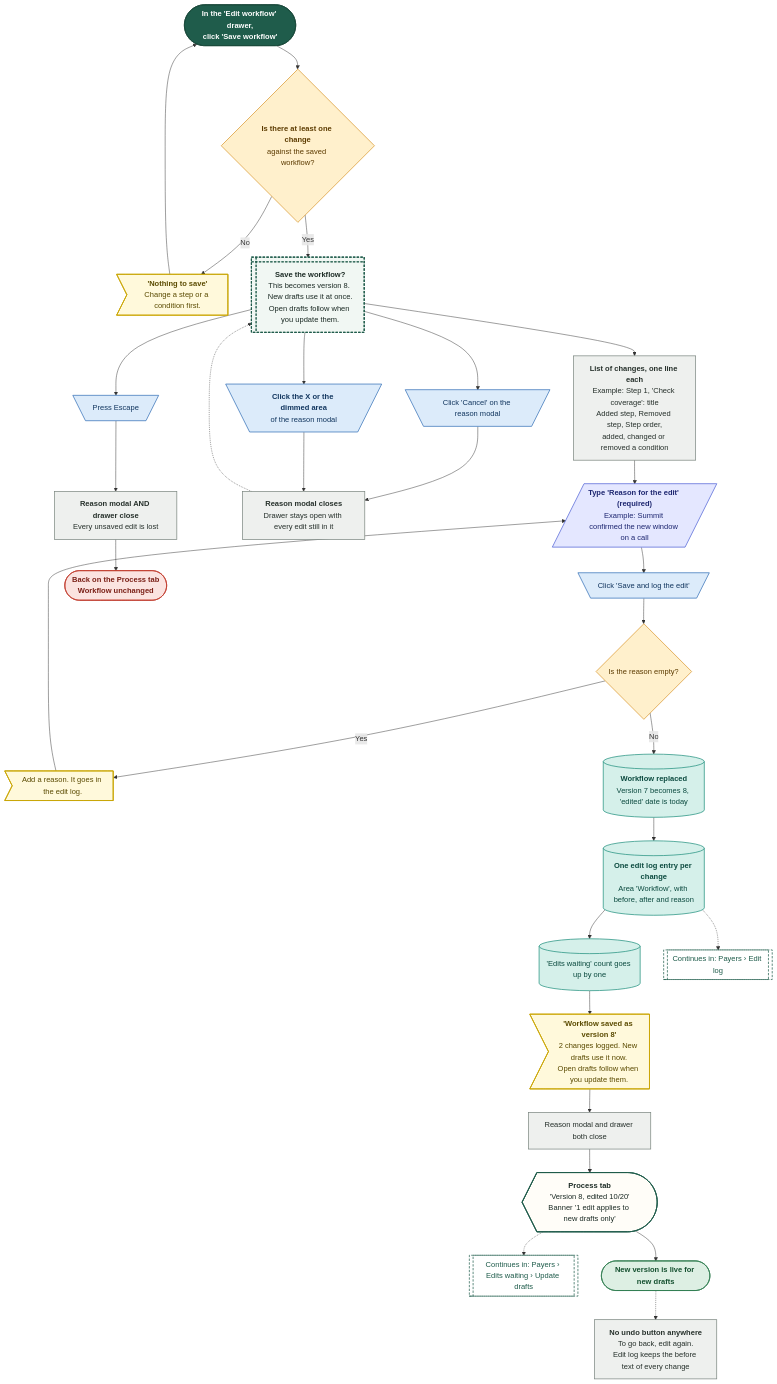
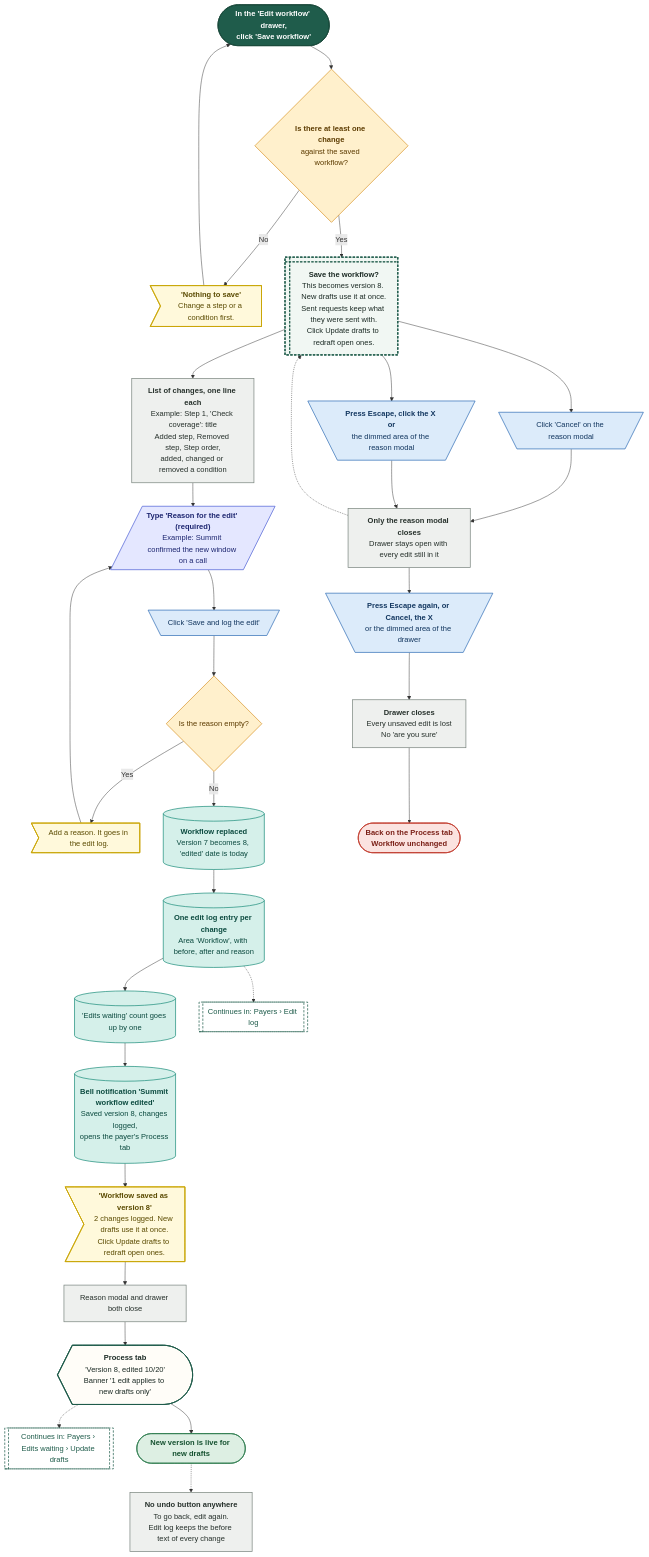
Before and after one commit to Shrav143/psyfloapp: the tenth of 25 diagrams in demos/prior-auth-demo/workflows/out/md/10-payers.md, drawn with Mermaid. The commit also changed other lines of this file and 195 other files, not shown here.

First line of the commit message:
docs: Rebuild workflow diagrams after the demo fixes (220 diagrams)

````diff
--- a/demos/prior-auth-demo/workflows/out/md/10-payers.md
+++ b/demos/prior-auth-demo/workflows/out/md/10-payers.md
@@ -711,69 +725,70 @@
 ```mermaid
 %%{init: {"theme":"base","themeVariables":{"fontFamily":"'DM Sans', 'Segoe UI', system-ui, sans-serif","fontSize":"15px","lineColor":"#5B6B63","primaryTextColor":"#1C2B25","clusterBkg":"#FBF8F3","clusterBorder":"#D9CDBB","edgeLabelBackground":"#FFFFFF"},"flowchart":{"curve":"basis","nodeSpacing":36,"rankSpacing":48,"padding":12,"htmlLabels":true,"useMaxWidth":false,"wrappingWidth":230}} }%%
 flowchart TD
   classDef k_start fill:#1F5C4B,stroke:#174638,color:#FFFFFF,stroke-width:1.5px,font-weight:600
   classDef k_end fill:#DDEFE3,stroke:#2E7D4F,color:#14502F,stroke-width:1.5px,font-weight:600
   classDef k_endx fill:#FBE3E0,stroke:#C0392B,color:#7A1F16,stroke-width:1.5px,font-weight:600
   classDef k_screen fill:#FFFDF8,stroke:#1F5C4B,color:#1C2B25,stroke-width:2px
   classDef k_overlay fill:#F1F7F3,stroke:#1F5C4B,color:#1C2B25,stroke-width:2px,stroke-dasharray:5 3
   classDef k_click fill:#DCEBFA,stroke:#2F6DB5,color:#12365F,stroke-width:1.5px
   classDef k_input fill:#E4E7FF,stroke:#4C5FD5,color:#1D2670,stroke-width:1.5px
   classDef k_process fill:#EEF0EE,stroke:#7A857F,color:#26302B,stroke-width:1.5px
   classDef k_agent fill:#EEE5FA,stroke:#7A4FC2,color:#341A63,stroke-width:1.5px
   classDef k_decision fill:#FFF0CC,stroke:#D9962B,color:#5C3B00,stroke-width:1.5px
   classDef k_store fill:#D5F0EA,stroke:#1C8E7B,color:#0B4A3F,stroke-width:1.5px
   classDef k_doc fill:#F6E9DC,stroke:#B07A4C,color:#4A2E14,stroke-width:1.5px
   classDef k_ext fill:#FFE6D2,stroke:#E07B39,color:#6B2F06,stroke-width:1.5px
   classDef k_wait fill:#E4E8EE,stroke:#6B7C93,color:#26303D,stroke-width:1.5px
   classDef k_toast fill:#FFF9DB,stroke:#C9A400,color:#5A4A00,stroke-width:1.5px
   classDef k_goto fill:#FFFFFF,stroke:#1F5C4B,color:#1F5C4B,stroke-width:1.5px,stroke-dasharray:5 3
   s1@{ shape: stadium, label: "<b>In the 'Edit workflow' drawer,</b><br/>click 'Save workflow'" }
   d1@{ shape: diam, label: "<b>Is there at least one change</b><br/>against the saved workflow?" }
   t0@{ shape: odd, label: "<b>'Nothing to save'</b><br/>Change a step or a condition first." }
-  m@{ shape: win-pane, label: "<b>Save the workflow?</b><br/>This becomes version 8. New drafts use it at once.<br/>Open drafts follow when you update them." }
+  m@{ shape: win-pane, label: "<b>Save the workflow?</b><br/>This becomes version 8. New drafts use it at once.<br/>Sent requests keep what they were sent with.<br/>Click Update drafts to redraft open ones." }
   lst@{ shape: rect, label: "<b>List of changes, one line each</b><br/>Example: Step 1, 'Check coverage': title<br/>Added step, Removed step, Step order,<br/>added, changed or removed a condition" }
   i1@{ shape: lean-r, label: "<b>Type 'Reason for the edit' (required)</b><br/>Example: Summit confirmed the new window on a call" }
   cs@{ shape: trap-t, label: "Click 'Save and log the edit'" }
   d2@{ shape: diam, label: "Is the reason empty?" }
   er@{ shape: odd, label: "Add a reason. It goes in the edit log." }
   v@{ shape: cyl, label: "<b>Workflow replaced</b><br/>Version 7 becomes 8, 'edited' date is today" }
   lg@{ shape: cyl, label: "<b>One edit log entry per change</b><br/>Area 'Workflow', with before, after and reason" }
   un@{ shape: cyl, label: "'Edits waiting' count goes up by one" }
-  t1@{ shape: odd, label: "<b>'Workflow saved as version 8'</b><br/>2 changes logged. New drafts use it now.<br/>Open drafts follow when you update them." }
+  nt@{ shape: cyl, label: "<b>Bell notification 'Summit workflow edited'</b><br/>Saved version 8, changes logged,<br/>opens the payer's Process tab" }
+  t1@{ shape: odd, label: "<b>'Workflow saved as version 8'</b><br/>2 changes logged. New drafts use it at once.<br/>Click Update drafts to redraft open ones." }
   cl@{ shape: rect, label: "Reason modal and drawer both close" }
   pg@{ shape: curv-trap, label: "<b>Process tab</b><br/>'Version 8, edited 10/20'<br/>Banner '1 edit applies to new drafts only'" }
   g1@{ shape: subproc, label: "Continues in: Payers › Edits waiting › Update drafts" }
   g2@{ shape: subproc, label: "Continues in: Payers › Edit log" }
   cx@{ shape: trap-t, label: "Click 'Cancel' on the reason modal" }
-  cesc1@{ shape: trap-t, label: "<b>Click the X or the dimmed area</b><br/>of the reason modal" }
-  back@{ shape: rect, label: "<b>Reason modal closes</b><br/>Drawer stays open with every edit still in it" }
-  cesc2@{ shape: trap-t, label: "Press Escape" }
-  both@{ shape: rect, label: "<b>Reason modal AND drawer close</b><br/>Every unsaved edit is lost" }
+  cesc1@{ shape: trap-t, label: "<b>Press Escape, click the X or</b><br/>the dimmed area of the reason modal" }
+  back@{ shape: rect, label: "<b>Only the reason modal closes</b><br/>Drawer stays open with every edit still in it" }
+  cesc2@{ shape: trap-t, label: "<b>Press Escape again, or Cancel, the X</b><br/>or the dimmed area of the drawer" }
+  both@{ shape: rect, label: "<b>Drawer closes</b><br/>Every unsaved edit is lost<br/>No 'are you sure'" }
   x1@{ shape: stadium, label: "<b>Back on the Process tab</b><br/>Workflow unchanged" }
   e1@{ shape: stadium, label: "New version is live for new drafts" }
   undo@{ shape: rect, label: "<b>No undo button anywhere</b><br/>To go back, edit again.<br/>Edit log keeps the before text of every change" }
   s1 --> d1
   d1 -->|"No"| t0 --> s1
   d1 -->|"Yes"| m --> lst --> i1 --> cs --> d2
   d2 -->|"Yes"| er --> i1
-  d2 -->|"No"| v --> lg --> un --> t1 --> cl --> pg --> e1
+  d2 -->|"No"| v --> lg --> un --> nt --> t1 --> cl --> pg --> e1
   lg -.-> g2
   pg -.-> g1
   m --> cx --> back
   m --> cesc1 --> back
   back -.-> m
-  m --> cesc2 --> both --> x1
+  back --> cesc2 --> both --> x1
   e1 -.-> undo
   class s1 k_start
   class d1,d2 k_decision
   class t0,er,t1 k_toast
   class m k_overlay
   class lst,cl,back,both,undo k_process
   class i1 k_input
   class cs,cx,cesc1,cesc2 k_click
-  class v,lg,un k_store
+  class v,lg,un,nt k_store
   class pg k_screen
   class g1,g2 k_goto
   class x1 k_endx
   class e1 k_end
 ```
````
